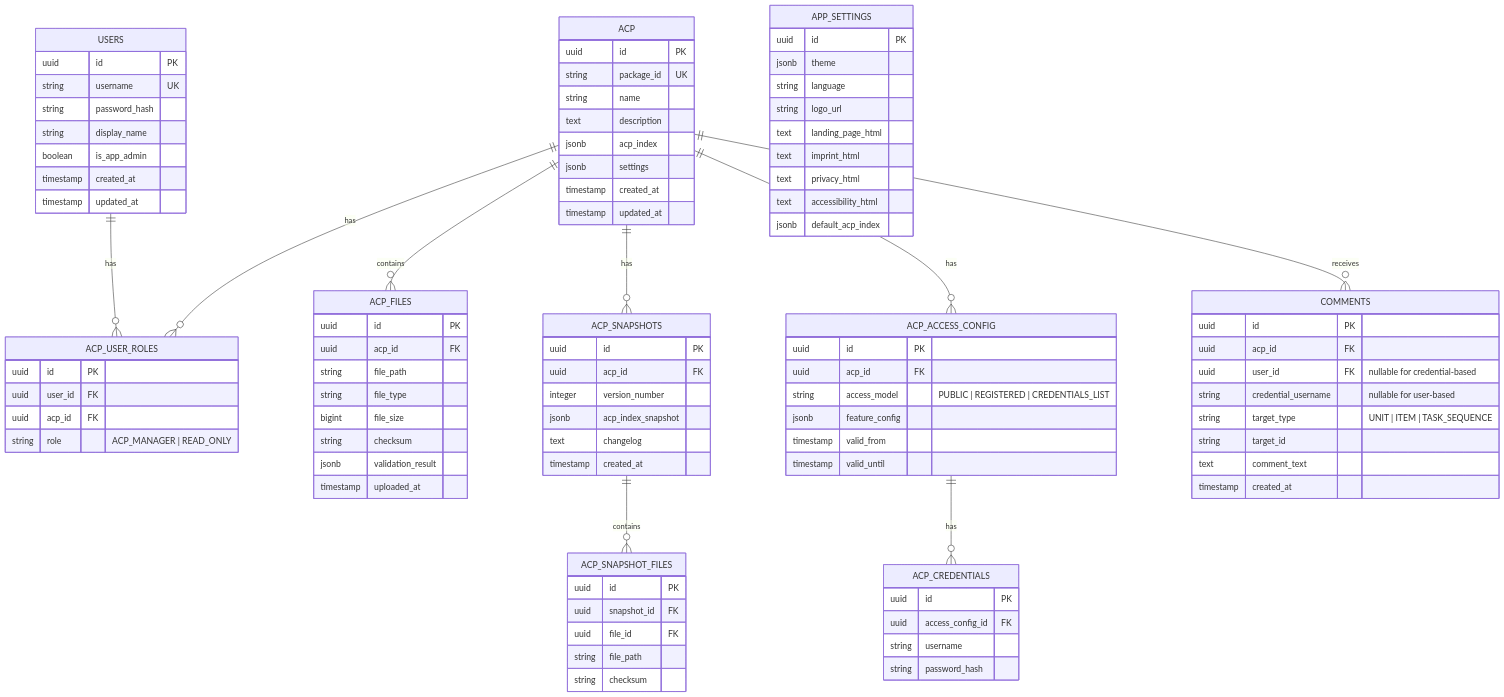
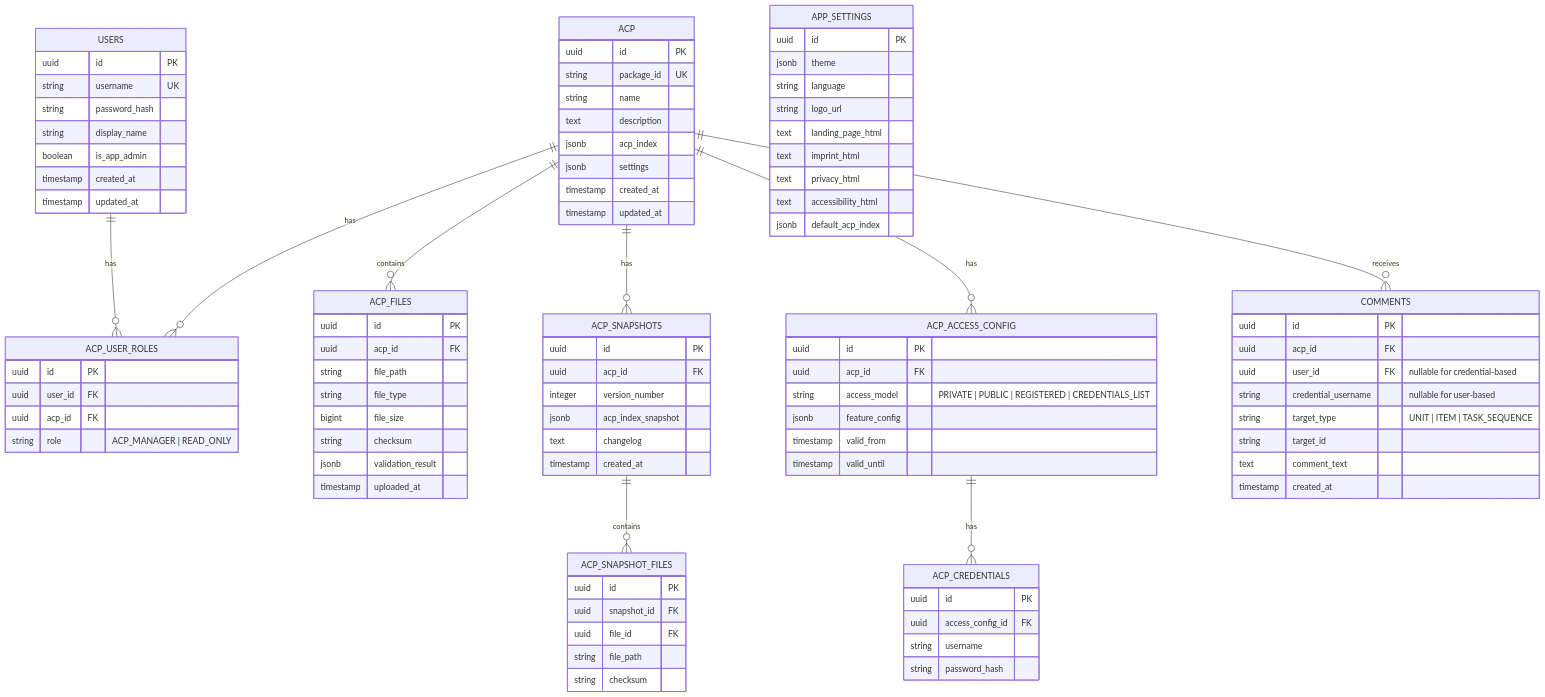
The second of 3 diagrams in implementation_plan.md (iqb-berlin/content-pool-next), drawn with Mermaid before and after one commit. The commit also changed other lines of this file and 18 other files, not shown here.

Commit message:
Add explicit private default ACP access config

```diff
--- a/implementation_plan.md
+++ b/implementation_plan.md
@@ -123,7 +123,7 @@
     ACP_ACCESS_CONFIG {
         uuid id PK
         uuid acp_id FK
-        string access_model "PUBLIC | REGISTERED | CREDENTIALS_LIST"
+        string access_model "PRIVATE | PUBLIC | REGISTERED | CREDENTIALS_LIST"
         jsonb feature_config
         timestamp valid_from
         timestamp valid_until
```
